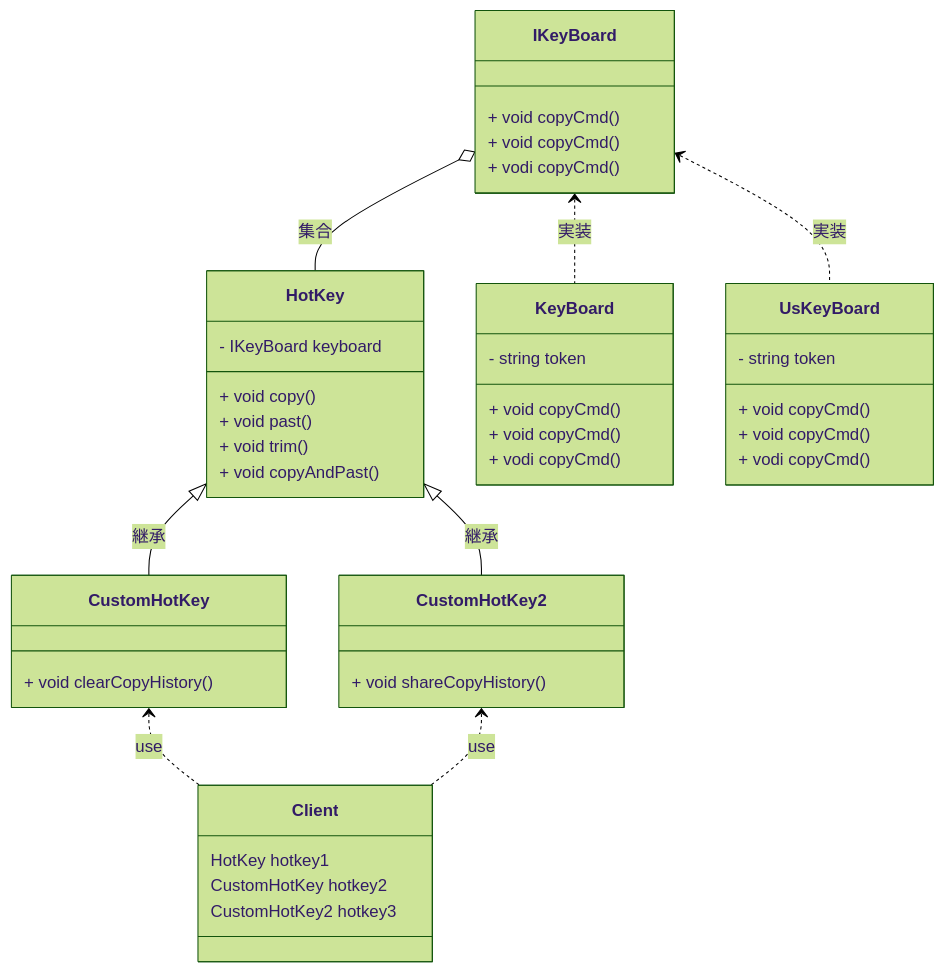
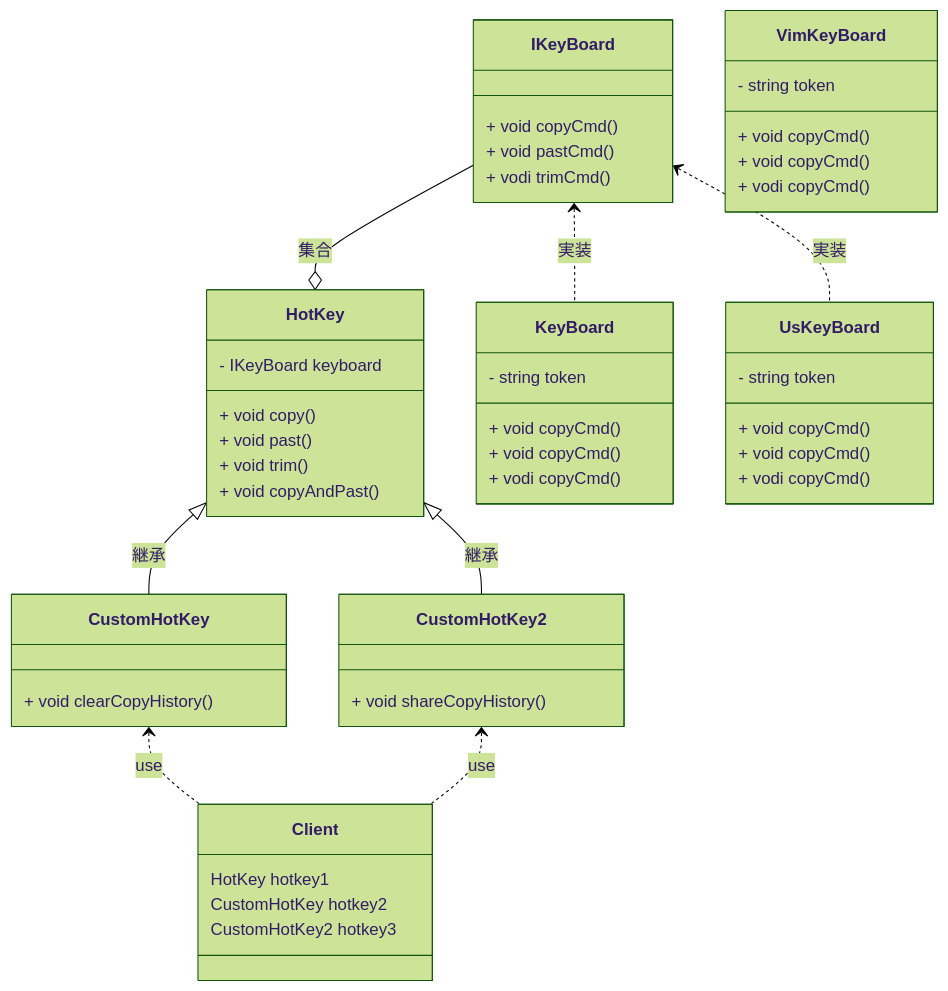
Before and after one commit to 0123takaokeita/design_patterns: the diagram in Bridge/README.md, drawn with Mermaid (forest theme). The commit also changed 5 other files, not shown here.

````diff
--- a/Bridge/README.md
+++ b/Bridge/README.md
@@ -30,55 +30,63 @@
 ```mermaid
 classDiagram
     HotKey        <|-- CustomHotKey  : 継承
     HotKey        <|-- CustomHotKey2 : 継承
-    IKeyBoard     o--  HotKey        : 集合
+    IKeyBoard     --o  HotKey        : 集合
     IKeyBoard     <..  KeyBoard      : 実装
     IKeyBoard     <..  UsKeyBoard    : 実装
     CustomHotKey  <..  Client        : use
     CustomHotKey2 <..  Client        : use
 
     class Client {
         HotKey hotkey1
         CustomHotKey hotkey2
         CustomHotKey2 hotkey3
     }
     
 
     %% 機能クラス
     class HotKey {
         - IKeyBoard keyboard
         + void copy()
         + void past()
         + void trim()
         + void copyAndPast()
     }
 
     class CustomHotKey {
         + void clearCopyHistory()
     }
 
     class CustomHotKey2 {
         + void shareCopyHistory()
     }
 
     %% 実装クラス
     class IKeyBoard {
         + void copyCmd()
-        + void copyCmd()
-        + vodi copyCmd()
+        + void pastCmd()
+        + vodi trimCmd()
     }
 
     class KeyBoard {
         - string token
         + void copyCmd()
         + void copyCmd()
         + vodi copyCmd()
     }
 
     class UsKeyBoard {
         - string token
         + void copyCmd()
         + void copyCmd()
         + vodi copyCmd()
     }
+
+    class VimKeyBoard {
+        - string token
+        + void copyCmd()
+        + void copyCmd()
+        + vodi copyCmd()
+    }
+
 ```
````
